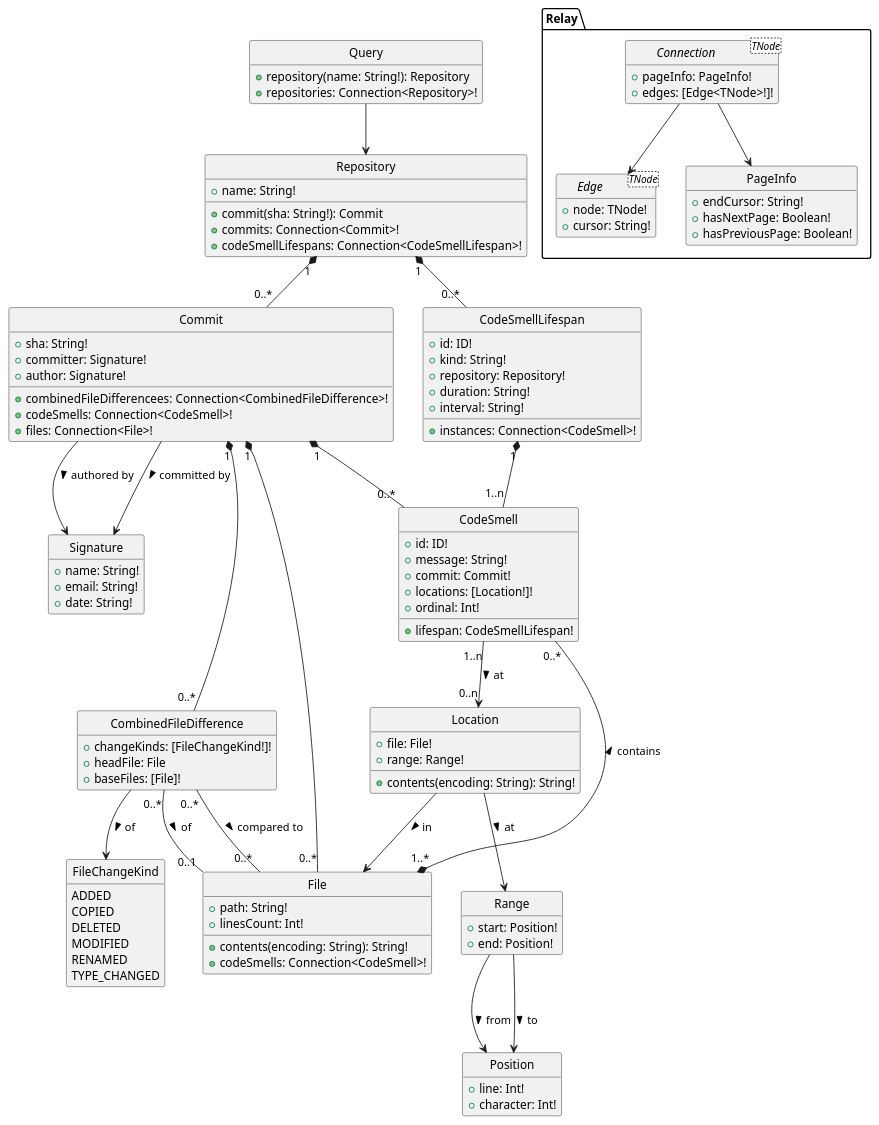
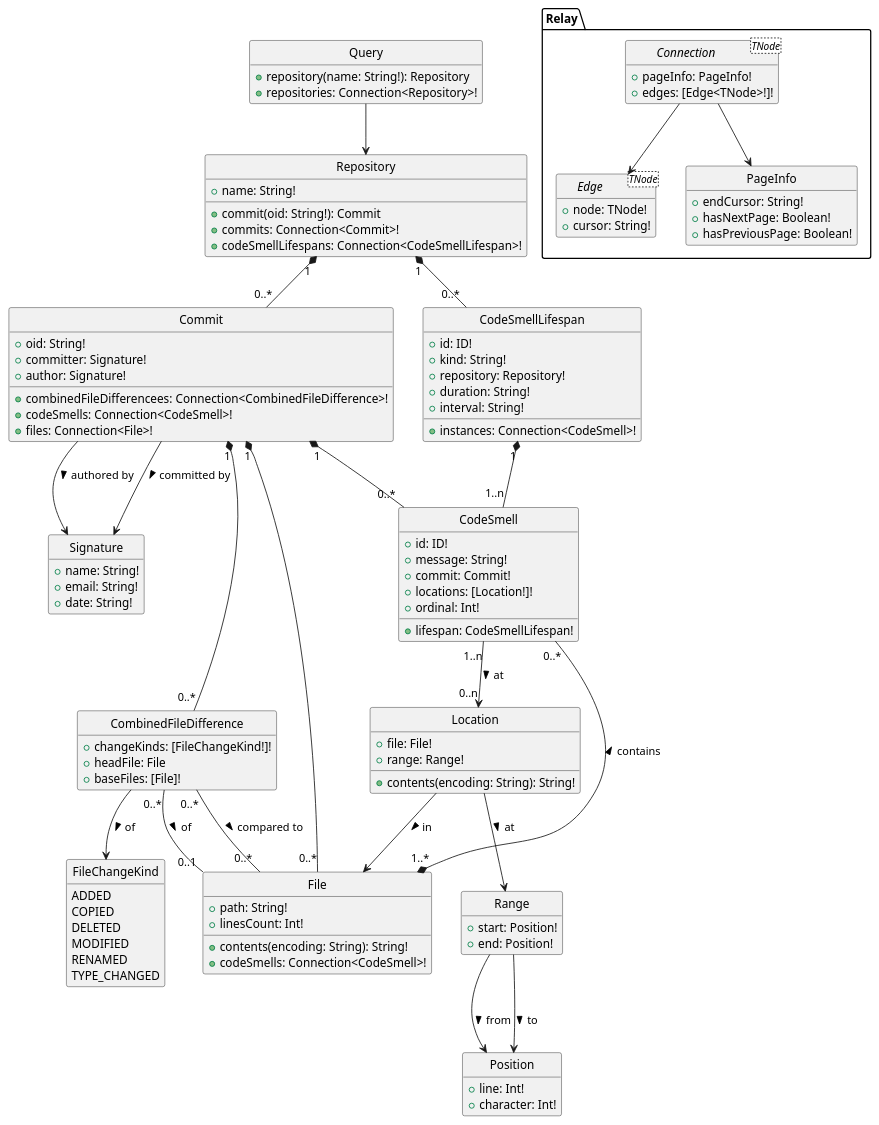
One commit to felixfbecker/olfaction changed the diagram in schema/graphql.plantuml. Above: the diagram before and after it, drawn with PlantUML. The commit also changed 8 other files, not shown here.

Commit message:
Rename sha -> oid

```diff
--- a/schema/graphql.plantuml
+++ b/schema/graphql.plantuml
@@ -1,121 +1,121 @@
 @startuml GraphQL
 hide circle
 hide empty members
 
 class Query {
   {method} +repository(name: String!): Repository
   {method} +repositories: Connection<Repository>!
 }
 Query --> Repository
 
 class Repository {
   +name: String!
-  {method} +commit(sha: String!): Commit
+  {method} +commit(oid: String!): Commit
   {method} +commits: Connection<Commit>!
   {method} +codeSmellLifespans: Connection<CodeSmellLifespan>!
 }
 Repository "1" *-- "0..*" Commit
 Repository "1" *-- "0..*" CodeSmellLifespan
 
 class Commit {
-  +sha: String!
+  +oid: String!
   +committer: Signature!
   +author: Signature!
   {method} +combinedFileDifferencees: Connection<CombinedFileDifference>!
   {method} +codeSmells: Connection<CodeSmell>!
   {method} +files: Connection<File>!
 }
 Commit --> Signature : committed by >
 Commit --> Signature : authored by >
 Commit "1" *-- "0..*" CodeSmell
 Commit "1" *-- "0..*" File
 Commit "1" *-- "0..*" CombinedFileDifference
 
 class CombinedFileDifference {
   +changeKinds: [FileChangeKind!]!
   +headFile: File
   +baseFiles: [File]!
 }
 CombinedFileDifference "0..*" -- "0..1" File : of >
 CombinedFileDifference "0..*" -- "0..*" File : compared to >
 CombinedFileDifference --> FileChangeKind : of >
 
 enum FileChangeKind {
   ADDED
   COPIED
   DELETED
   MODIFIED
   RENAMED
   TYPE_CHANGED
 }
 
 class Signature {
   +name: String!
   +email: String!
   +date: String!
 }
 
 class CodeSmell {
   +id: ID!
   +message: String!
   +commit: Commit!
   +locations: [Location!]!
   +ordinal: Int!
   {method} +lifespan: CodeSmellLifespan!
 }
 CodeSmell "1..n" --> "0..n" Location : at >
 
 class Location {
   +file: File!
   +range: Range!
   +contents(encoding: String): String!
 }
 Location --> File : in >
 Location --> Range : at >
 class Range {
   +start: Position!
   +end: Position!
 }
 Range --> Position : from >
 Range --> Position : to >
 class Position {
   +line: Int!
   +character: Int!
 }
 
 class CodeSmellLifespan {
   +id: ID!
   +kind: String!
   +repository: Repository!
   +duration: String!
   +interval: String!
   {method} +instances: Connection<CodeSmell>!
 }
 CodeSmellLifespan "1" *-- "1..n" CodeSmell
 
 class File {
   +path: String!
   +linesCount: Int!
   +contents(encoding: String): String!
   {method} +codeSmells: Connection<CodeSmell>!
 }
 File "1..*" *-- "0..*" CodeSmell : contains >
 
 namespace Relay {
   interface Connection<TNode> {
     +pageInfo: PageInfo!
     +edges: [Edge<TNode>!]!
   }
   Connection --> Edge
   Connection --> PageInfo
   class PageInfo {
     +endCursor: String!
     +hasNextPage: Boolean!
     +hasPreviousPage: Boolean!
   }
   interface Edge<TNode> {
     +node: TNode!
     +cursor: String!
   }
 }
 @enduml
```
